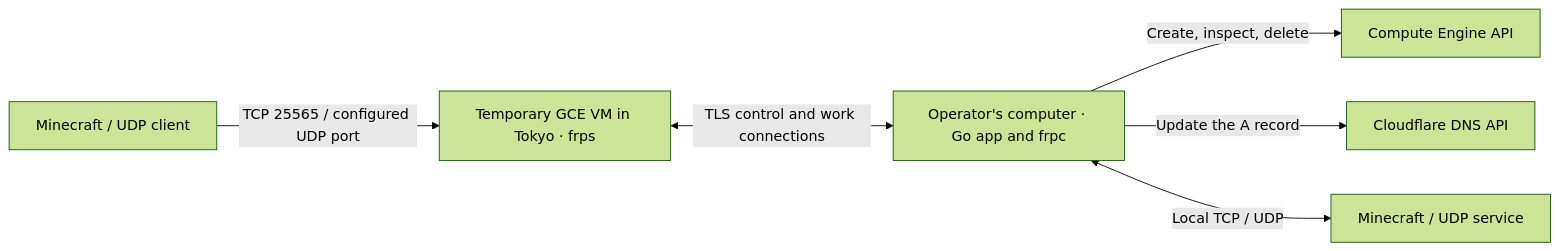
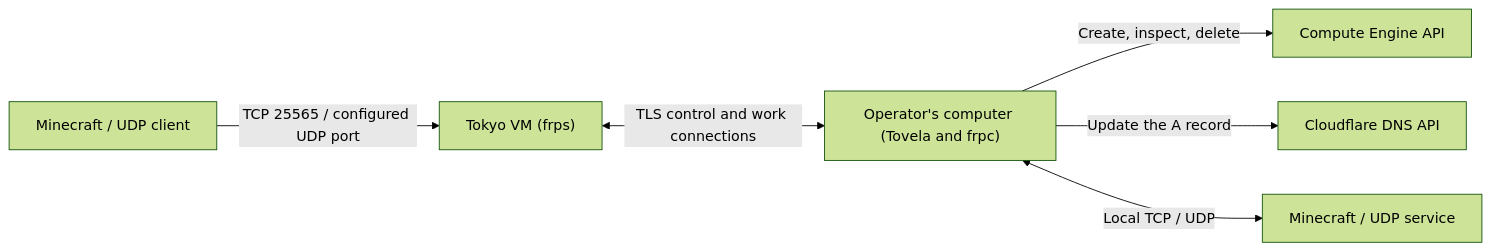
Before and after one commit to sya-ri/tovela: the diagram in docs/design.md, drawn with Mermaid (forest theme). The commit also changed other lines of this file and 34 other files, not shown here.

````diff
--- a/docs/design.md
+++ b/docs/design.md
@@ -7,8 +7,8 @@
 ```mermaid
 flowchart LR
-    Player["Minecraft / UDP client"] -->|"TCP 25565 / configured UDP port"| VM["Temporary GCE VM in Tokyo · frps"]
-    VM <-->|"TLS control and work connections"| Local["Operator's computer · Go app and frpc"]
+    Player["Minecraft / UDP client"] -->|"TCP 25565 / configured UDP port"| VM["Tokyo VM (frps)"]
+    VM <-->|"TLS control and work connections"| Local["Operator's computer (Tovela and frpc)"]
     Local -->|"Create, inspect, delete"| GCE["Compute Engine API"]
     Local -->|"Update the A record"| DNS["Cloudflare DNS API"]
     Local <-->|"Local TCP / UDP"| Server["Minecraft / UDP service"]
 ```
````
